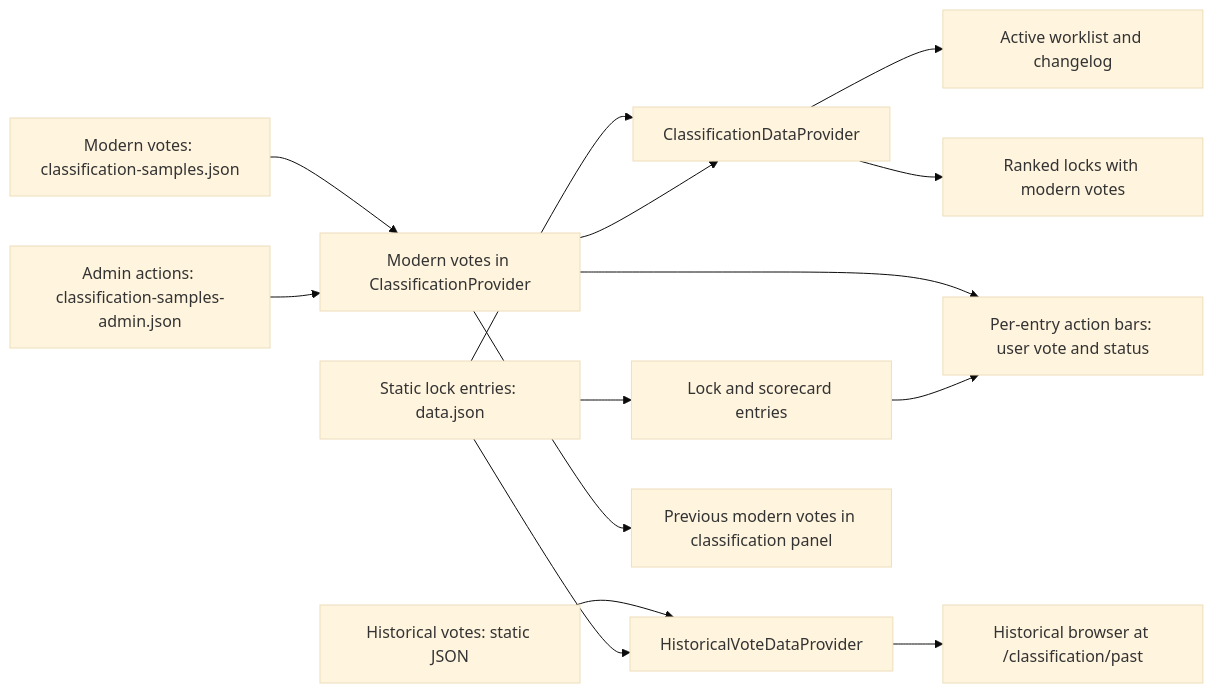
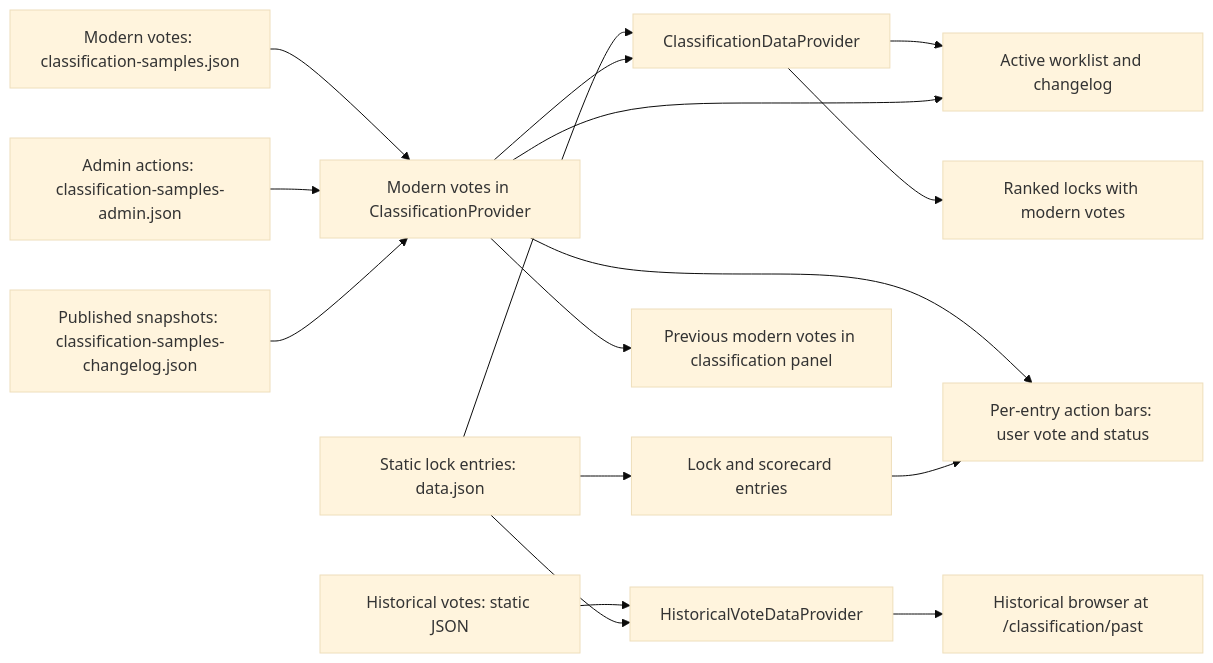
One commit to Lockpickers-United/lpu-belt-explorer changed the diagram in internal-docs/classification-functionality-overview.md. Above: the diagram before and after it, drawn with Mermaid (base theme). The commit also changed other lines of this file and 13 other files, not shown here.

````diff
--- a/internal-docs/classification-functionality-overview.md
+++ b/internal-docs/classification-functionality-overview.md
@@ -29,16 +29,18 @@
 ```mermaid
 flowchart LR
     L[Static lock entries: data.json] --> C[ClassificationDataProvider]
     V[Modern votes: classification-samples.json] --> P[Modern votes in ClassificationProvider]
     H[Historical votes: static JSON] --> HP[HistoricalVoteDataProvider]
     A[Admin actions: classification-samples-admin.json] --> P
+    S[Published snapshots: classification-samples-changelog.json] --> P
     P --> C
     C --> W[Active worklist and changelog]
+    P --> W
     C --> Ranked[Ranked locks with modern votes]
     L --> HP
     HP --> Past[Historical browser at /classification/past]
     P --> B[Per-entry action bars: user vote and status]
     L --> K[Lock and scorecard entries]
     K --> B
     P --> D[Previous modern votes in classification panel]
 ```
````
